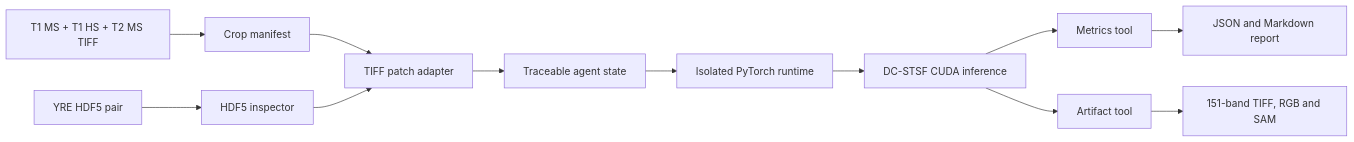
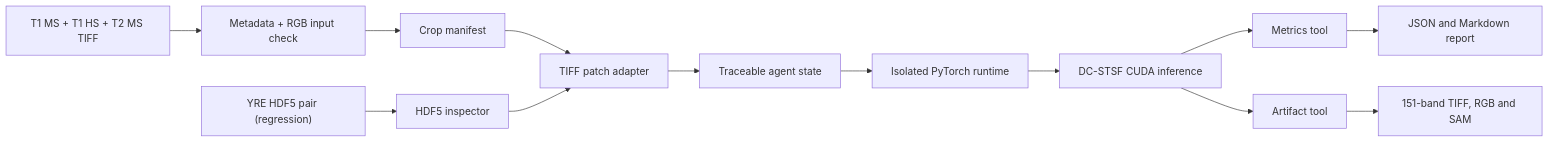
One commit to Mona659/RSFusionAgent changed the first of 2 diagrams in README.md. Above: the diagram before and after it, drawn with Mermaid. The commit also changed other lines of this file and 9 other files, not shown here.

````diff
--- a/README.md
+++ b/README.md
@@ -17,14 +18,15 @@
 ```mermaid
 flowchart LR
-    A["YRE HDF5 pair"] --> B["HDF5 inspector"]
-    T["T1 MS + T1 HS + T2 MS TIFF"] --> W["Crop manifest"]
+    T["T1 MS + T1 HS + T2 MS TIFF"] --> V["Metadata + RGB input check"]
+    V --> W["Crop manifest"]
     W --> C["TIFF patch adapter"]
+    A["YRE HDF5 pair (regression)"] --> B["HDF5 inspector"]
     B --> C
     C --> D["Traceable agent state"]
     D --> E["Isolated PyTorch runtime"]
     E --> F["DC-STSF CUDA inference"]
     F --> G["Metrics tool"]
     F --> H["Artifact tool"]
     G --> I["JSON and Markdown report"]
     H --> J["151-band TIFF, RGB and SAM"]
 ```
````
